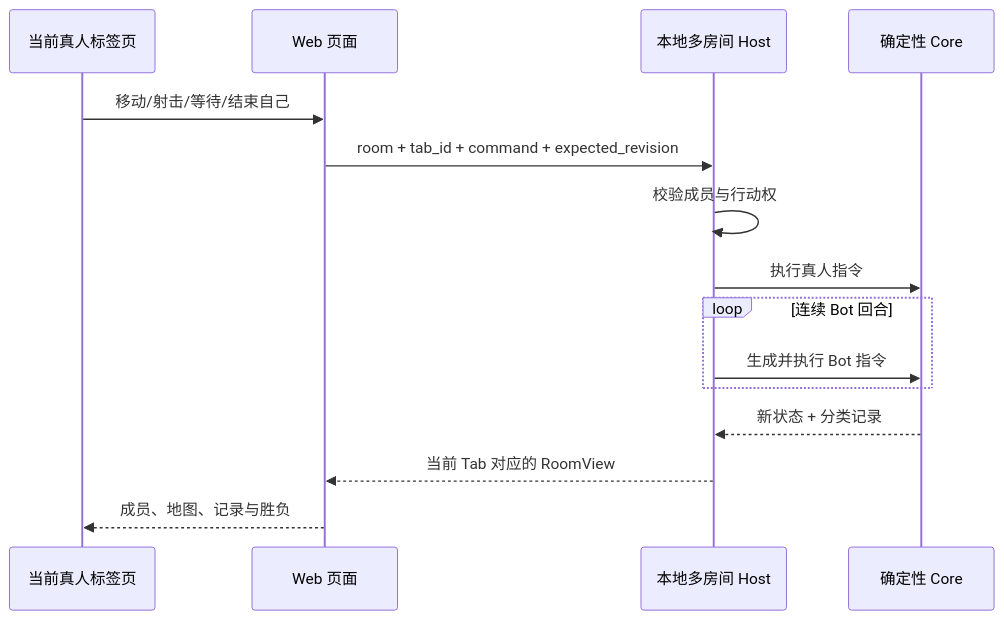
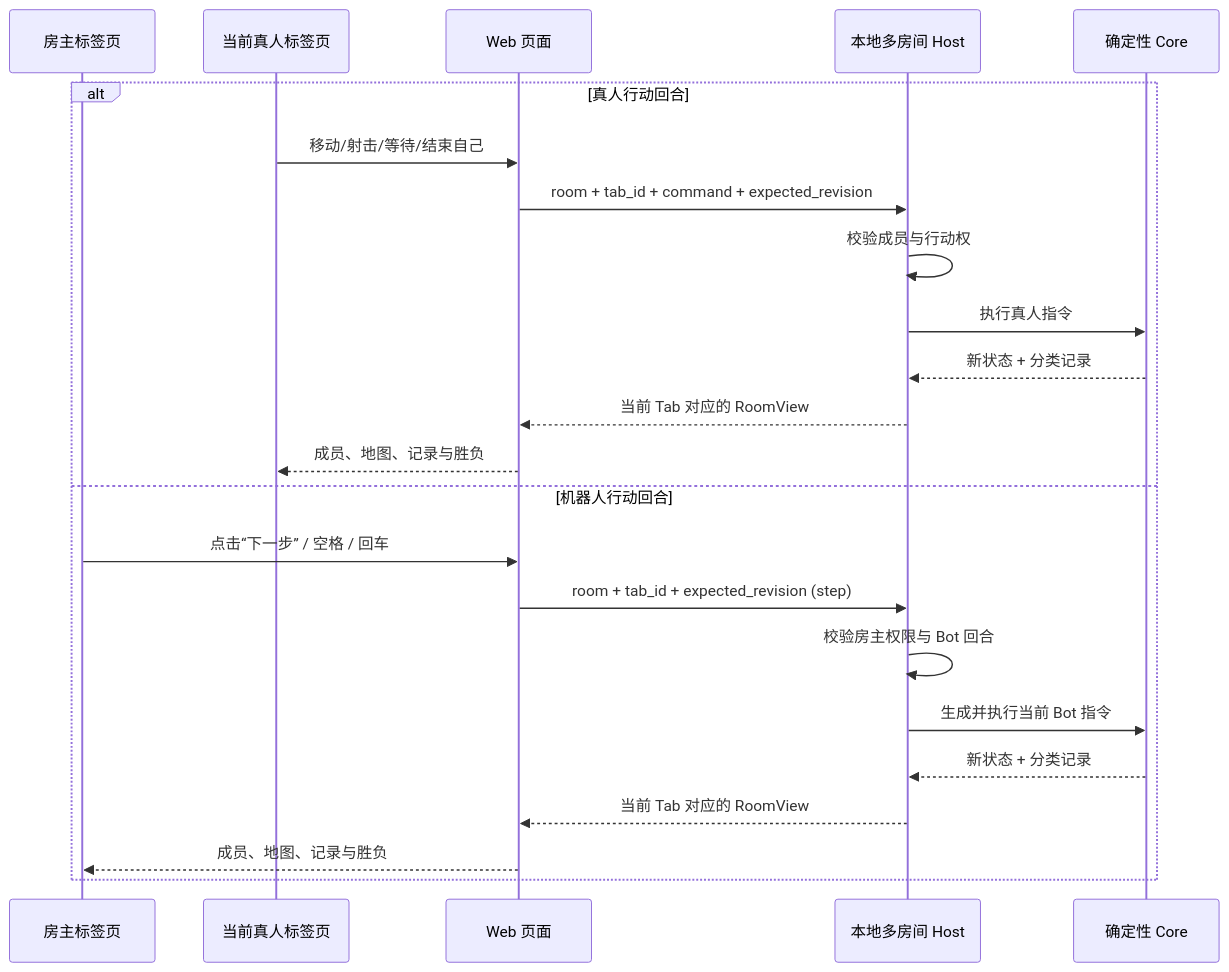
The diagram in docs/rules/local-web-mvp-rules.md (AKIMOTOkaya/russia_roulette), drawn with Mermaid before and after one commit. The commit also changed other lines of this file and 8 other files, not shown here.

Commit message:
feat: require host to step bot turns with next-step action

````diff
--- a/docs/rules/local-web-mvp-rules.md
+++ b/docs/rules/local-web-mvp-rules.md
@@ -69,18 +69,26 @@
 ```mermaid
 sequenceDiagram
+    participant Owner as 房主标签页
     participant Human as 当前真人标签页
     participant Web as Web 页面
     participant Host as 本地多房间 Host
     participant Core as 确定性 Core
 
-    Human->>Web: 移动/射击/等待/结束自己
-    Web->>Host: room + tab_id + command + expected_revision
-    Host->>Host: 校验成员与行动权
-    Host->>Core: 执行真人指令
-    loop 连续 Bot 回合
-        Host->>Core: 生成并执行 Bot 指令
+    alt 真人行动回合
+        Human->>Web: 移动/射击/等待/结束自己
+        Web->>Host: room + tab_id + command + expected_revision
+        Host->>Host: 校验成员与行动权
+        Host->>Core: 执行真人指令
+        Core-->>Host: 新状态 + 分类记录
+        Host-->>Web: 当前 Tab 对应的 RoomView
+        Web-->>Human: 成员、地图、记录与胜负
+    else 机器人行动回合
+        Owner->>Web: 点击“下一步” / 空格 / 回车
+        Web->>Host: room + tab_id + expected_revision (step)
+        Host->>Host: 校验房主权限与 Bot 回合
+        Host->>Core: 生成并执行当前 Bot 指令
+        Core-->>Host: 新状态 + 分类记录
+        Host-->>Web: 当前 Tab 对应的 RoomView
+        Web-->>Owner: 成员、地图、记录与胜负
     end
-    Core-->>Host: 新状态 + 分类记录
-    Host-->>Web: 当前 Tab 对应的 RoomView
-    Web-->>Human: 成员、地图、记录与胜负
 ```
````
